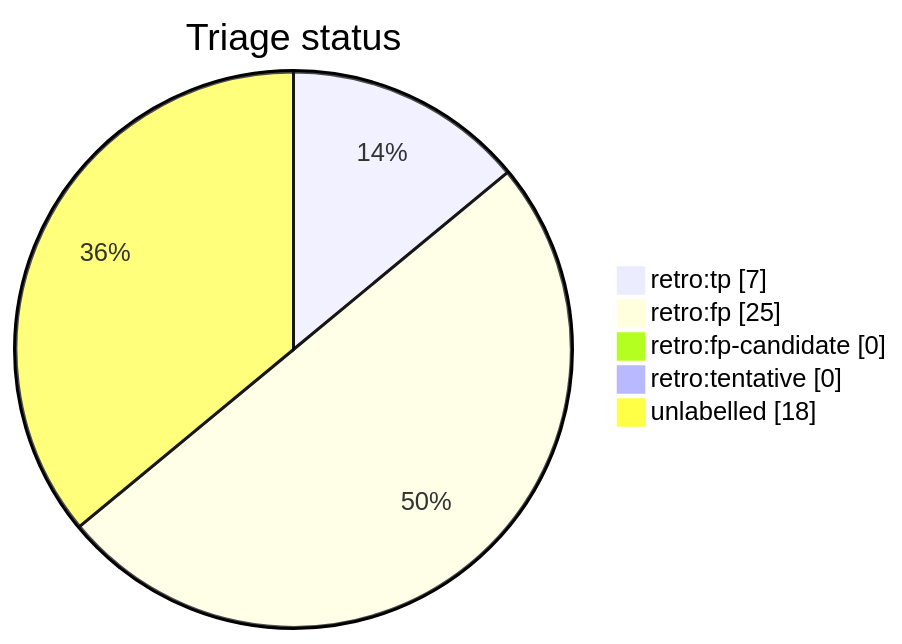
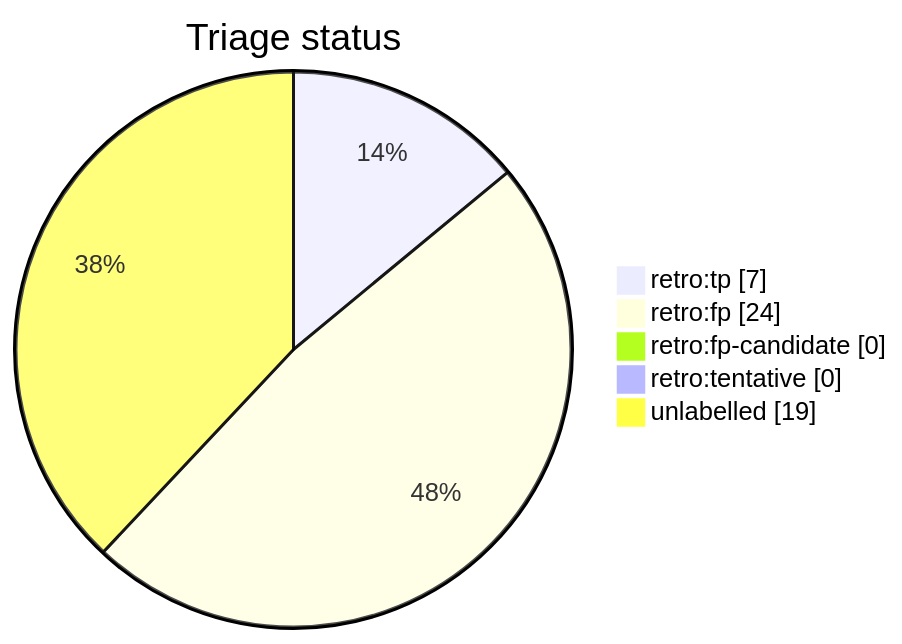
Before and after one commit to tvna/claude-md: the diagram in docs/generated/scripts/auto-retro-triage-report.md, drawn with Mermaid. The commit also changed other lines of this file, not shown here.

First line of the commit message:
chore(auto-retro): refresh triage report

````diff
--- a/docs/generated/scripts/auto-retro-triage-report.md
+++ b/docs/generated/scripts/auto-retro-triage-report.md
@@ -15,9 +15,9 @@
 ```mermaid
 pie showData
     title Triage status
     "retro:tp" : 7
-    "retro:fp" : 25
+    "retro:fp" : 24
     "retro:fp-candidate" : 0
     "retro:tentative" : 0
-    "unlabelled" : 18
+    "unlabelled" : 19
 ```
````
